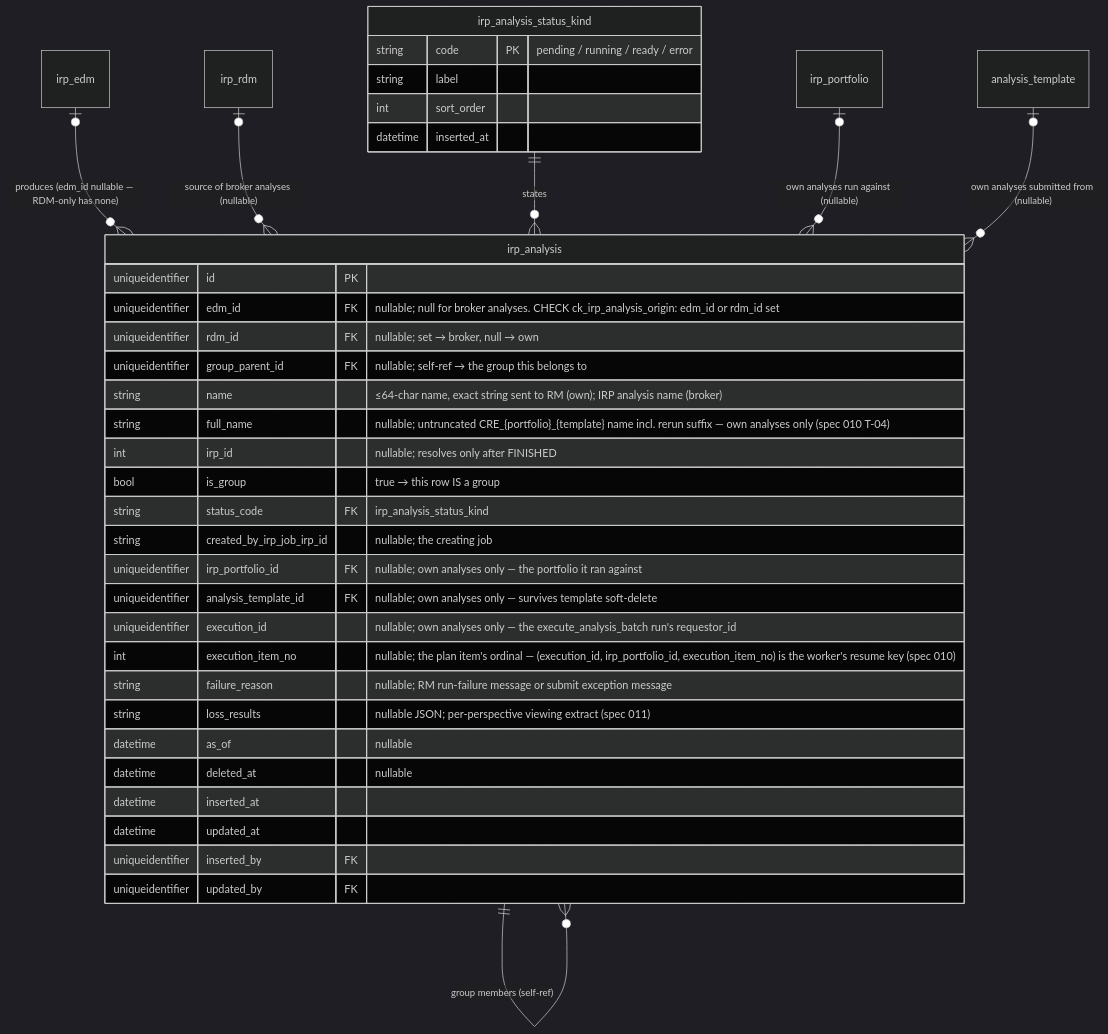
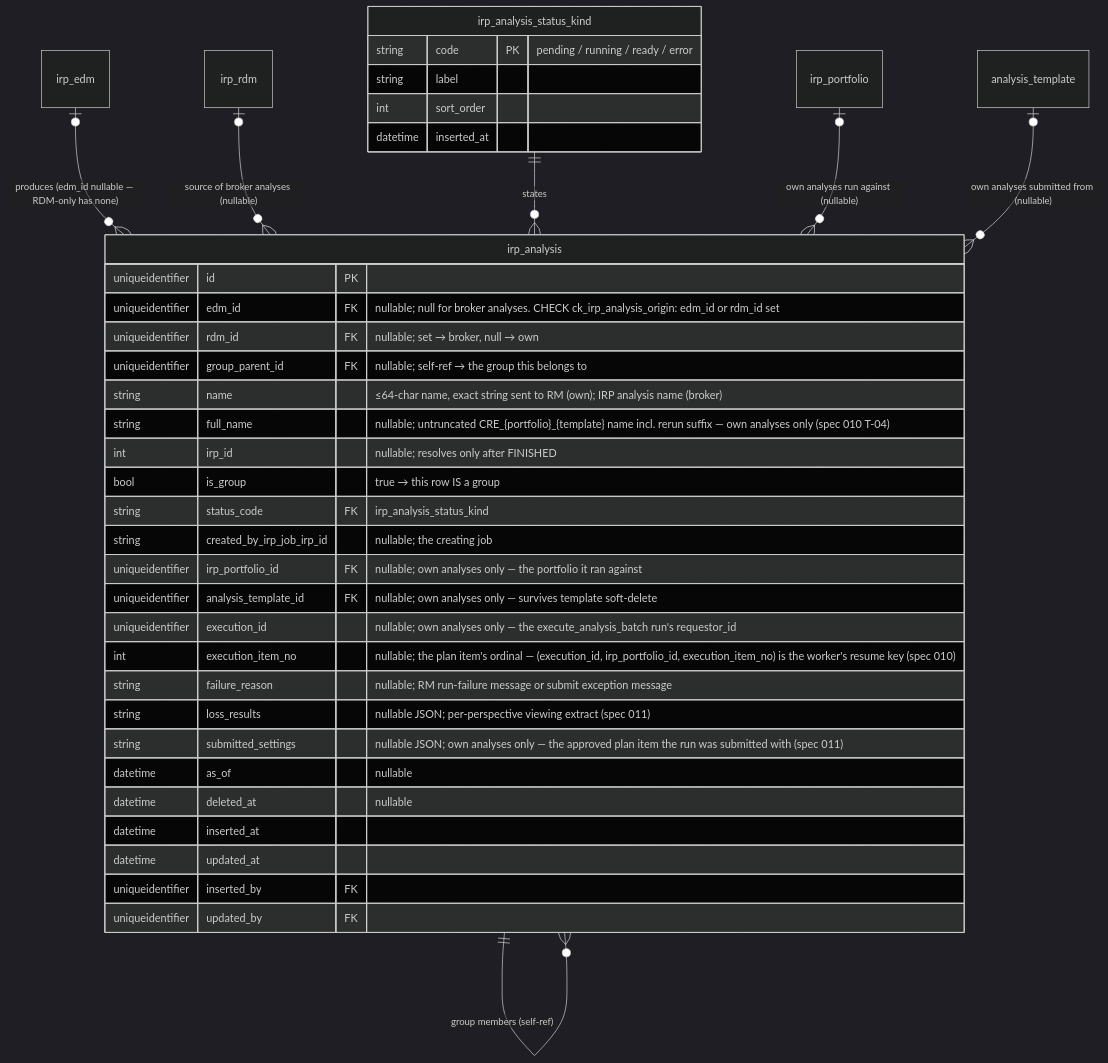
Before and after one commit to anilvenugopal/risk-workbench: the fourth of 9 diagrams in docs/DATA_MODEL.md, drawn with Mermaid (dark theme). The commit also changed other lines of this file and 10 other files, not shown here.

````diff
--- a/docs/DATA_MODEL.md
+++ b/docs/DATA_MODEL.md
@@ -293,41 +293,42 @@
 ```mermaid
 erDiagram
   irp_edm |o--o{ irp_analysis : "produces (edm_id nullable — RDM-only has none)"
   irp_rdm |o--o{ irp_analysis : "source of broker analyses (nullable)"
   irp_analysis ||--o{ irp_analysis : "group members (self-ref)"
   irp_analysis_status_kind ||--o{ irp_analysis : states
 
   irp_portfolio |o--o{ irp_analysis : "own analyses run against (nullable)"
   analysis_template |o--o{ irp_analysis : "own analyses submitted from (nullable)"
 
   irp_analysis {
     uniqueidentifier id PK
     uniqueidentifier edm_id FK "nullable; null for broker analyses. CHECK ck_irp_analysis_origin: edm_id or rdm_id set"
     uniqueidentifier rdm_id FK "nullable; set → broker, null → own"
     uniqueidentifier group_parent_id FK "nullable; self-ref → the group this belongs to"
     string name "≤64-char name, exact string sent to RM (own); IRP analysis name (broker)"
     string full_name "nullable; untruncated CRE_{portfolio}_{template} name incl. rerun suffix — own analyses only (spec 010 T-04)"
     int irp_id "nullable; resolves only after FINISHED"
     bool is_group "true → this row IS a group"
     string status_code FK "irp_analysis_status_kind"
     string created_by_irp_job_irp_id "nullable; the creating job"
     uniqueidentifier irp_portfolio_id FK "nullable; own analyses only — the portfolio it ran against"
     uniqueidentifier analysis_template_id FK "nullable; own analyses only — survives template soft-delete"
     uniqueidentifier execution_id "nullable; own analyses only — the execute_analysis_batch run's requestor_id"
     int execution_item_no "nullable; the plan item's ordinal — (execution_id, irp_portfolio_id, execution_item_no) is the worker's resume key (spec 010)"
     string failure_reason "nullable; RM run-failure message or submit exception message"
     string loss_results "nullable JSON; per-perspective viewing extract (spec 011)"
+    string submitted_settings "nullable JSON; own analyses only — the approved plan item the run was submitted with (spec 011)"
     datetime as_of "nullable"
     datetime deleted_at "nullable"
     datetime inserted_at
     datetime updated_at
     uniqueidentifier inserted_by FK
     uniqueidentifier updated_by FK
   }
   irp_analysis_status_kind {
     string code PK "pending / running / ready / error"
     string label
     int sort_order
     datetime inserted_at
   }
 ```
````
